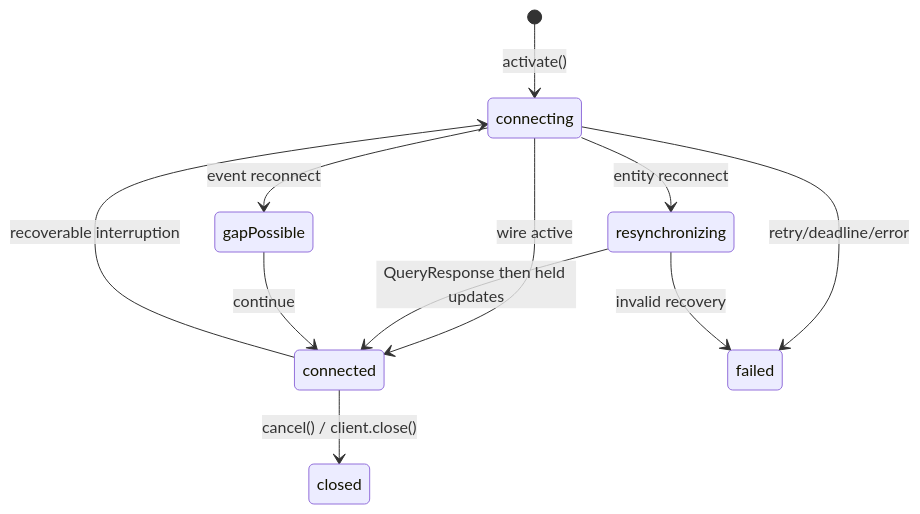
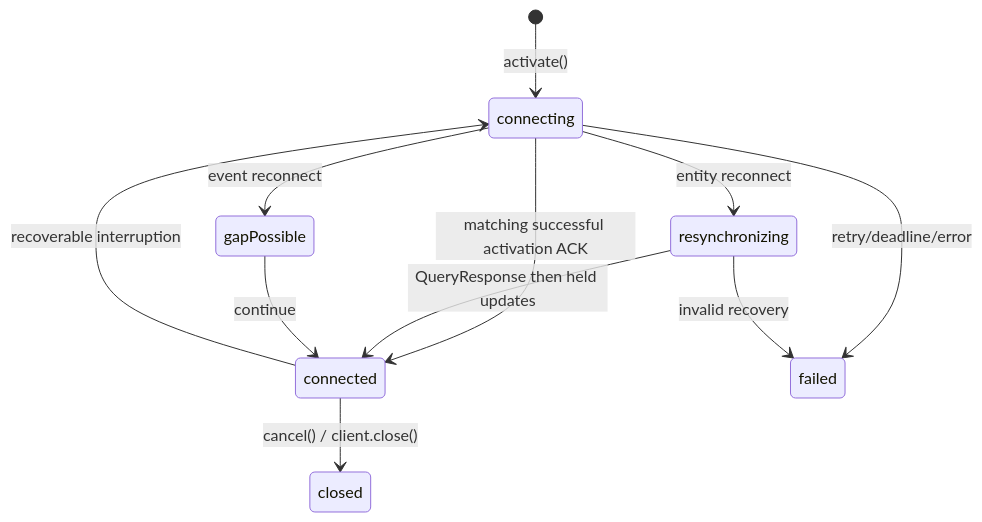
One commit to SpineEventEngine/spine-ts changed the second of 4 diagrams in docs/BROWSER_CLIENT_AUTH_EXTENSION_GUIDE.md. Above: the diagram before and after it, drawn with Mermaid. The commit also changed other lines of this file and 13 other files, not shown here.

````diff
--- a/docs/BROWSER_CLIENT_AUTH_EXTENSION_GUIDE.md
+++ b/docs/BROWSER_CLIENT_AUTH_EXTENSION_GUIDE.md
@@ -85,13 +85,13 @@
 ```mermaid
 stateDiagram-v2
   [*] --> connecting: activate()
-  connecting --> connected: wire active
+  connecting --> connected: matching successful activation ACK
   connected --> connecting: recoverable interruption
   connecting --> resynchronizing: entity reconnect
   resynchronizing --> connected: QueryResponse then held updates
   connecting --> gapPossible: event reconnect
   gapPossible --> connected: continue
   connected --> closed: cancel() / client.close()
   connecting --> failed: retry/deadline/error
   resynchronizing --> failed: invalid recovery
 ```
````
